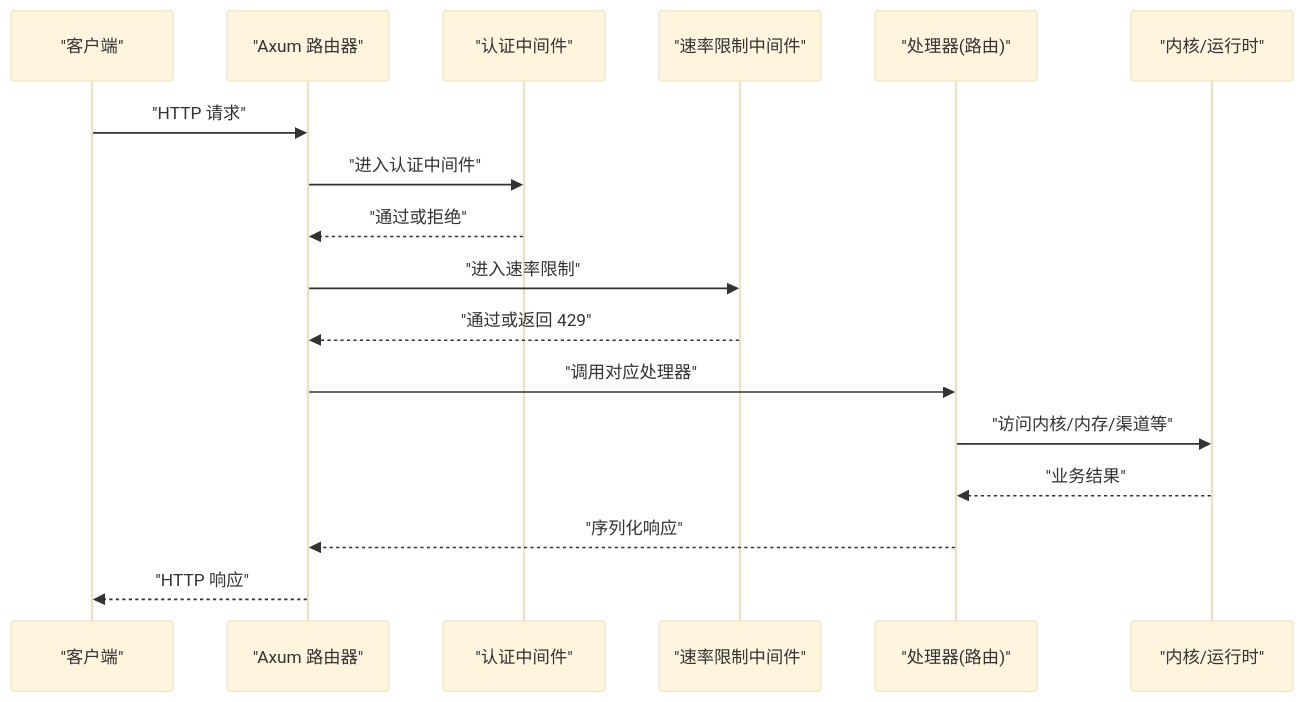
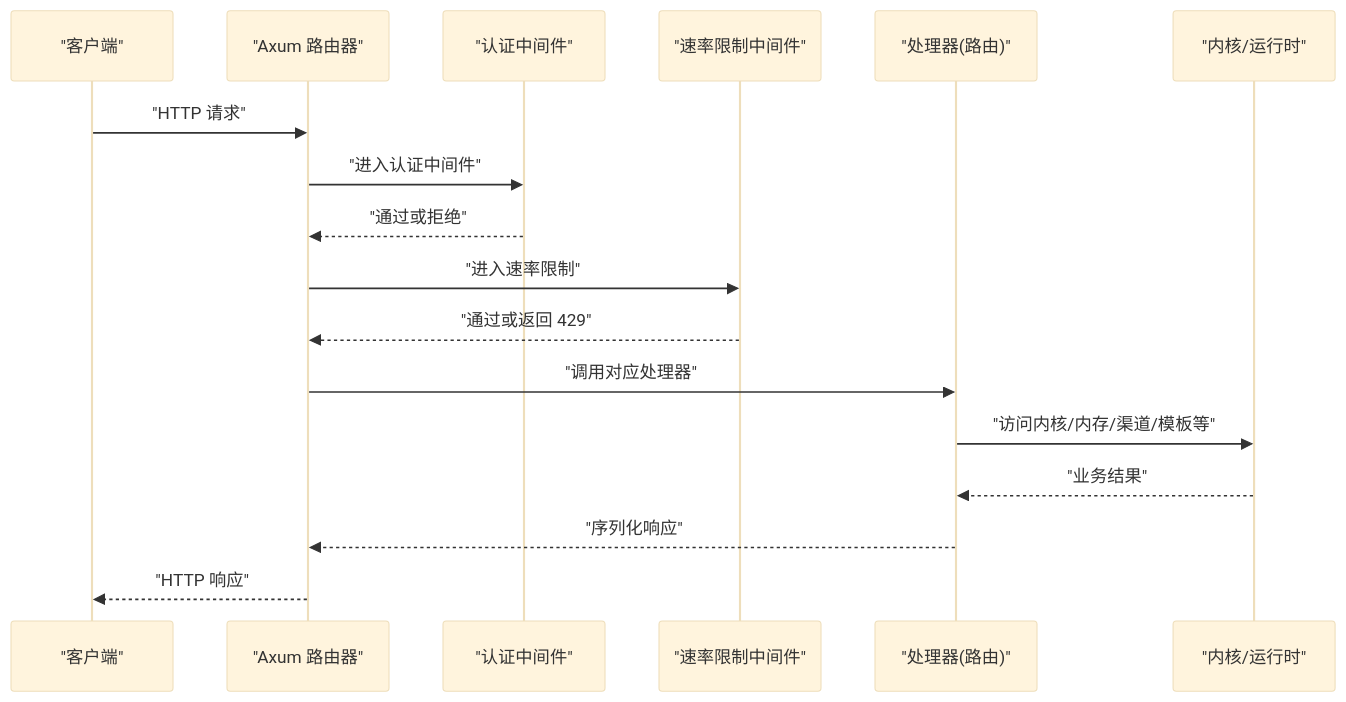
The second of 4 diagrams in .qoder/repowiki/zh/content/API 参考文档/REST API/REST API.md (hexiaowen-bot/openfang), drawn with Mermaid (base theme) before and after one commit. The commit also changed other lines of this file and 65 other files, not shown here.

````diff
--- a/.qoder/repowiki/zh/content/API 参考文档/REST API/REST API.md
+++ b/.qoder/repowiki/zh/content/API 参考文档/REST API/REST API.md
@@ -114,19 +119,19 @@
 ```mermaid
 sequenceDiagram
 participant C as "客户端"
 participant A as "Axum 路由器"
 participant M as "认证中间件"
 participant L as "速率限制中间件"
 participant H as "处理器(路由)"
 participant K as "内核/运行时"
 C->>A : "HTTP 请求"
 A->>M : "进入认证中间件"
 M-->>A : "通过或拒绝"
 A->>L : "进入速率限制"
 L-->>A : "通过或返回 429"
 A->>H : "调用对应处理器"
-H->>K : "访问内核/内存/渠道等"
+H->>K : "访问内核/内存/渠道/模板等"
 K-->>H : "业务结果"
 H-->>A : "序列化响应"
 A-->>C : "HTTP 响应"
 ```
````
